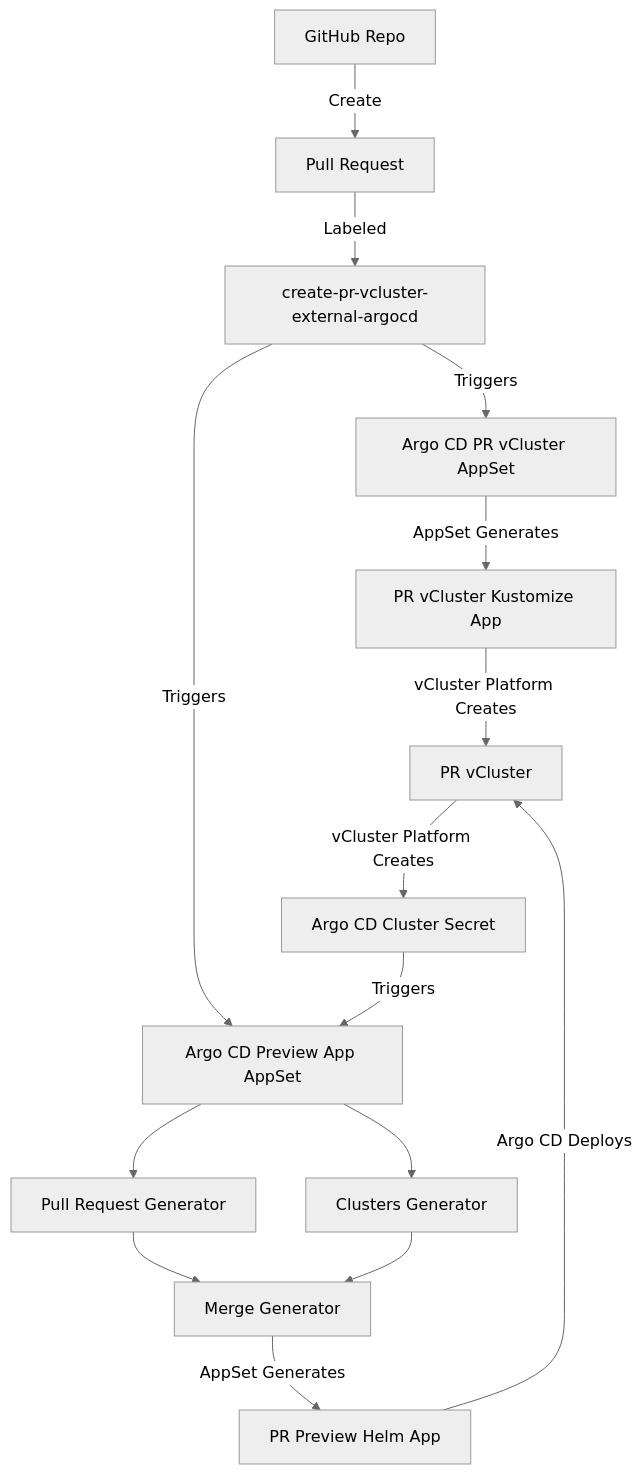
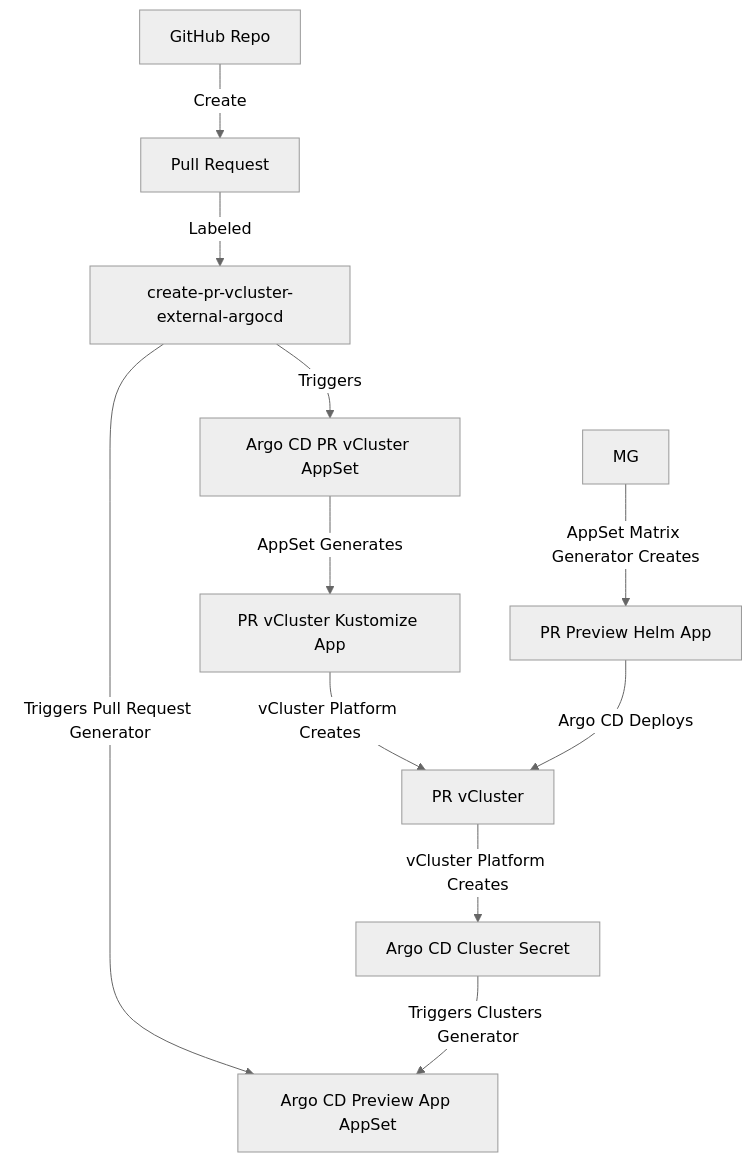
The diagram in vcluster-gitops/argocd/pr-environments/pr-vCluster-external-argo-flow.md (loft-demos/vcluster-platform-demo-app-template), drawn with Mermaid (neutral theme) before and after one commit.

````diff
--- a/vcluster-gitops/argocd/pr-environments/pr-vCluster-external-argo-flow.md
+++ b/vcluster-gitops/argocd/pr-environments/pr-vCluster-external-argo-flow.md
@@ -3,20 +3,16 @@
 ```mermaid
 ---
 config:
   look: classic
 ---
 flowchart TD
-    A["GitHub Repo"] -->| Create | B["Pull Request"] -->| Labeled | L[create-pr-vcluster-external-argocd] 
-    L -->| Triggers | C["Argo CD PR vCluster AppSet"]
+    A["GitHub Repo"] -->| Create | B["Pull Request"] -->| Labeled | LPR[create-pr-vcluster-external-argocd] 
+    LPR -->| Triggers | C["Argo CD PR vCluster AppSet"]
     C -->| AppSet Generates | VA["PR vCluster Kustomize App"]
     VA --> | vCluster Platform Creates |V["PR vCluster"]
     V --> | vCluster Platform Creates |CS["Argo CD Cluster Secret"]
-    L --> | Triggers |AS["Argo CD Preview App AppSet"]
-    CS --> | Triggers |AS["Argo CD Preview App AppSet"]
-    AS --> MP["Pull Request Generator"]
-    AS --> MC["Clusters Generator"]
-    MP --> MG["Merge Generator"]
-    MC --> MG["Merge Generator"]
-    MG -->| AppSet Generates | APP["PR Preview Helm App"]
+    LPR --> | Triggers Pull Request Generator |AS["Argo CD Preview App AppSet"]
+    CS --> | Triggers Clusters Generator |AS["Argo CD Preview App AppSet"]
+    MG -->| AppSet Matrix Generator Creates | APP["PR Preview Helm App"]
     APP --> | Argo CD Deploys | V
 ```
````
